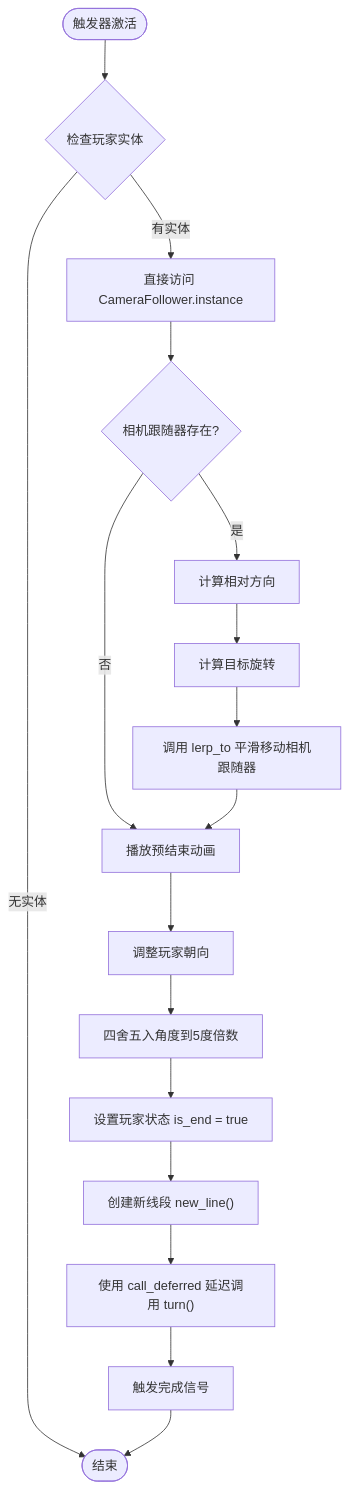
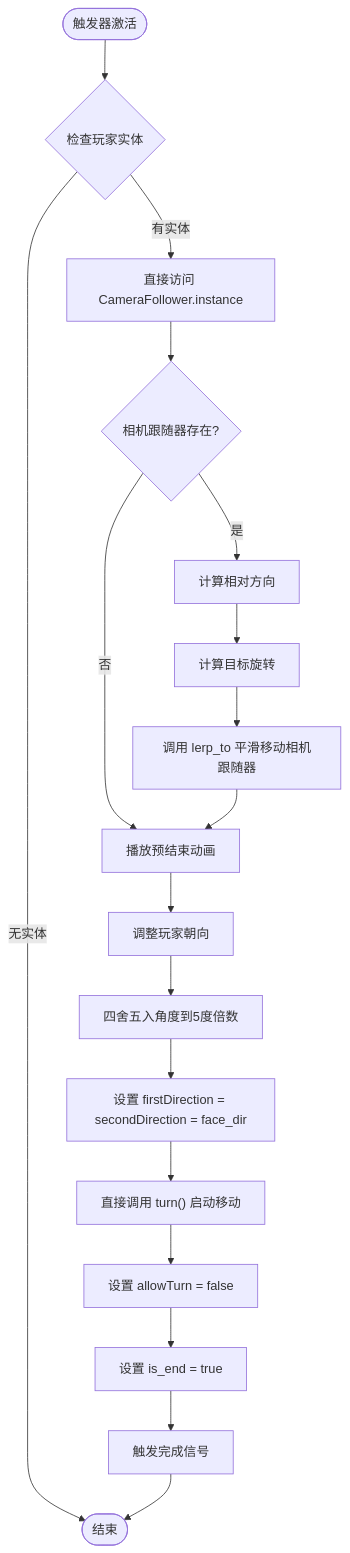
One commit to godotline/godot-line changed the fourth of 6 diagrams in .qoder/repowiki/zh/content/游戏系统/触发器系统/预结束触发器.md. Above: the diagram before and after it, drawn with Mermaid. The commit also changed other lines of this file and 34 other files, not shown here.

````diff
--- a/.qoder/repowiki/zh/content/游戏系统/触发器系统/预结束触发器.md
+++ b/.qoder/repowiki/zh/content/游戏系统/触发器系统/预结束触发器.md
@@ -206,19 +208,20 @@
 ```mermaid
 flowchart TD
 Start([触发器激活]) --> CheckBody{检查玩家实体}
 CheckBody --> |无实体| End([结束])
 CheckBody --> |有实体| GetCamera["直接访问 CameraFollower.instance"]
 GetCamera --> HasCamera{相机跟随器存在?}
 HasCamera --> |否| PlayAnim["播放预结束动画"]
 HasCamera --> |是| CalcDirection["计算相对方向"]
 CalcDirection --> CalcRotation["计算目标旋转"]
 CalcRotation --> LerpCamera["调用 lerp_to 平滑移动相机跟随器"]
 LerpCamera --> PlayAnim
 PlayAnim --> RotatePlayer["调整玩家朝向"]
 RotatePlayer --> RoundAngle["四舍五入角度到5度倍数"]
-RoundAngle --> SetPlayerState["设置玩家状态 is_end = true"]
-SetPlayerState --> CreateLine["创建新线段 new_line()"]
-CreateLine --> DelayCall["使用 call_deferred 延迟调用 turn()"]
-DelayCall --> EmitSignal["触发完成信号"]
+RoundAngle --> SetDirections["设置 firstDirection = secondDirection = face_dir"]
+SetDirections --> DirectTurn["直接调用 turn() 启动移动"]
+DirectTurn --> DisableTurn["设置 allowTurn = false"]
+DisableTurn --> SetEndState["设置 is_end = true"]
+SetEndState --> EmitSignal["触发完成信号"]
 EmitSignal --> End
 ```
````
